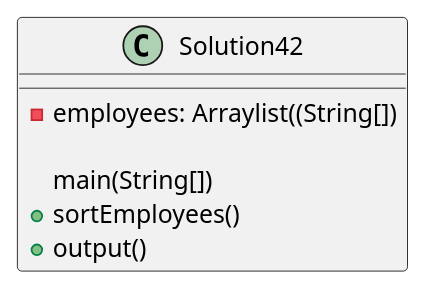
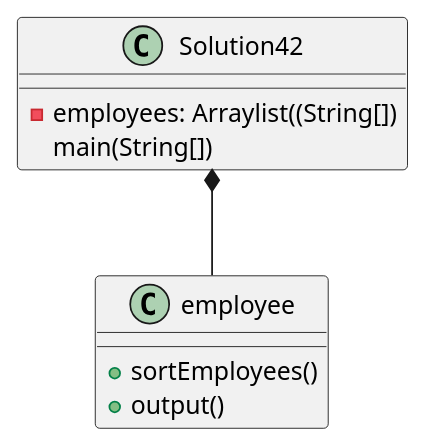
The diagram in exercise42/docs/Solution42_ClassDiagram.puml (cachemoney-3000/samontanez-a04), drawn with PlantUML before and after one commit. The commit also changed 25 other files, not shown here.

```diff
--- a/exercise42/docs/Solution42_ClassDiagram.puml
+++ b/exercise42/docs/Solution42_ClassDiagram.puml
@@ -1,11 +1,15 @@
 @startuml
 class Solution42 {
     'attributes
     -employees: Arraylist((String[])
+    main(String[])
+}
 
-    main(String[])
+class employee {
     'behaviors
     +sortEmployees()
     +output()
 }
+
+Solution42 *-- employee
 @enduml
```
